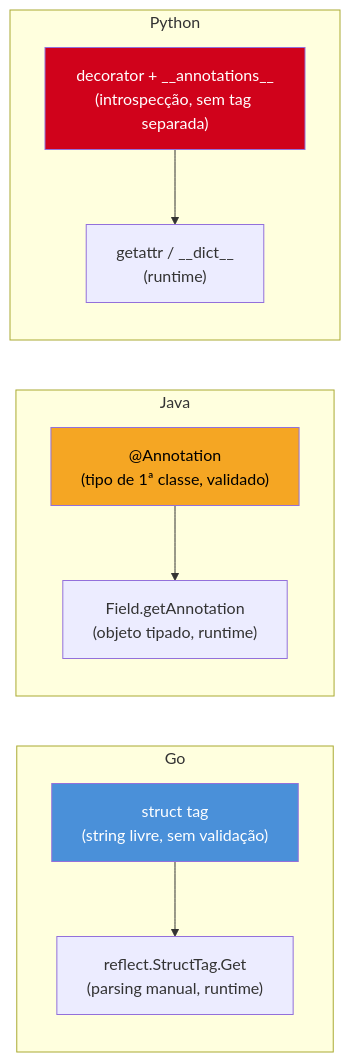
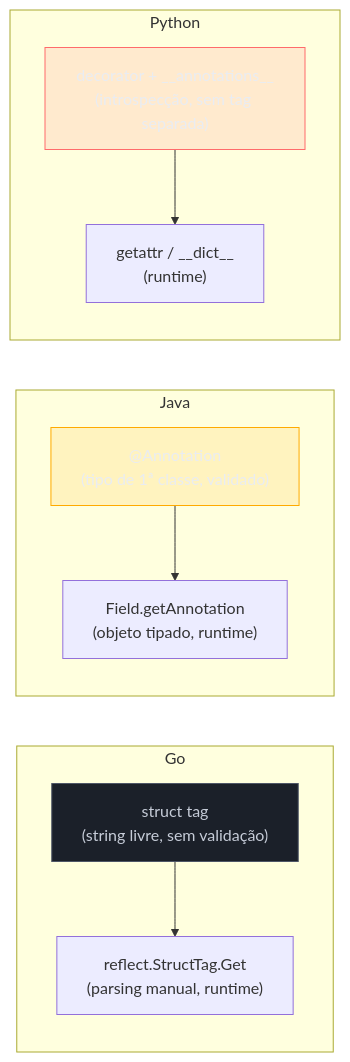
One commit to josenaldo/codex-technomanticus changed the third of 3 diagrams in 03-Dominios/Tecnologia/Go/02 - Tipos, structs e métodos/07 - Struct tags e reflection básica.md. Above: the diagram before and after it, drawn with Mermaid. The commit also changed other lines of this file and 1181 other files, not shown here.

First line of the commit message:
fix(diagramas): paleta do sistema no lugar de cor cravada no markdown

````diff
--- a/03-Dominios/Tecnologia/Go/02 - Tipos, structs e métodos/07 - Struct tags e reflection básica.md
+++ b/03-Dominios/Tecnologia/Go/02 - Tipos, structs e métodos/07 - Struct tags e reflection básica.md
@@ -391,16 +397,19 @@
 ```mermaid
 flowchart LR
+    classDef neutro fill:#1B2029,stroke:#4E5666,color:#C6CCD8
+    classDef destaque fill:#FFAA0024,stroke:#FFAA00,color:#E9ECF2
+    classDef falha fill:#FF6B6B24,stroke:#FF6B6B,color:#E9ECF2
     subgraph Go["Go"]
         G1["struct tag\n(string livre, sem validação)"] --> G2["reflect.StructTag.Get\n(parsing manual, runtime)"]
     end
     subgraph Java["Java"]
         J1["@Annotation\n(tipo de 1ª classe, validado)"] --> J2["Field.getAnnotation\n(objeto tipado, runtime)"]
     end
     subgraph Python["Python"]
         P1["decorator + __annotations__\n(introspecção, sem tag separada)"] --> P2["getattr / __dict__\n(runtime)"]
     end
 
-    style G1 fill:#4A90D9,color:#fff
-    style J1 fill:#F5A623,color:#000
-    style P1 fill:#D0021B,color:#fff
+    class G1 neutro
+    class J1 destaque
+    class P1 falha
 ```
````
